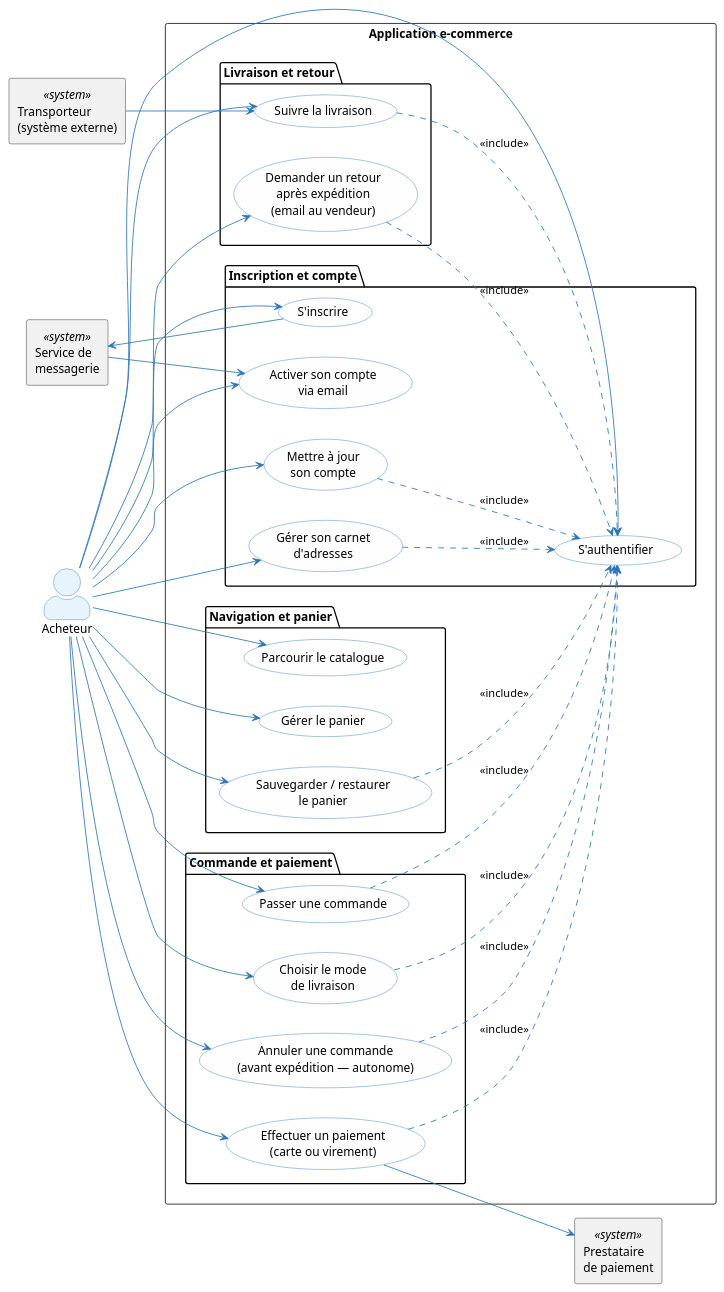
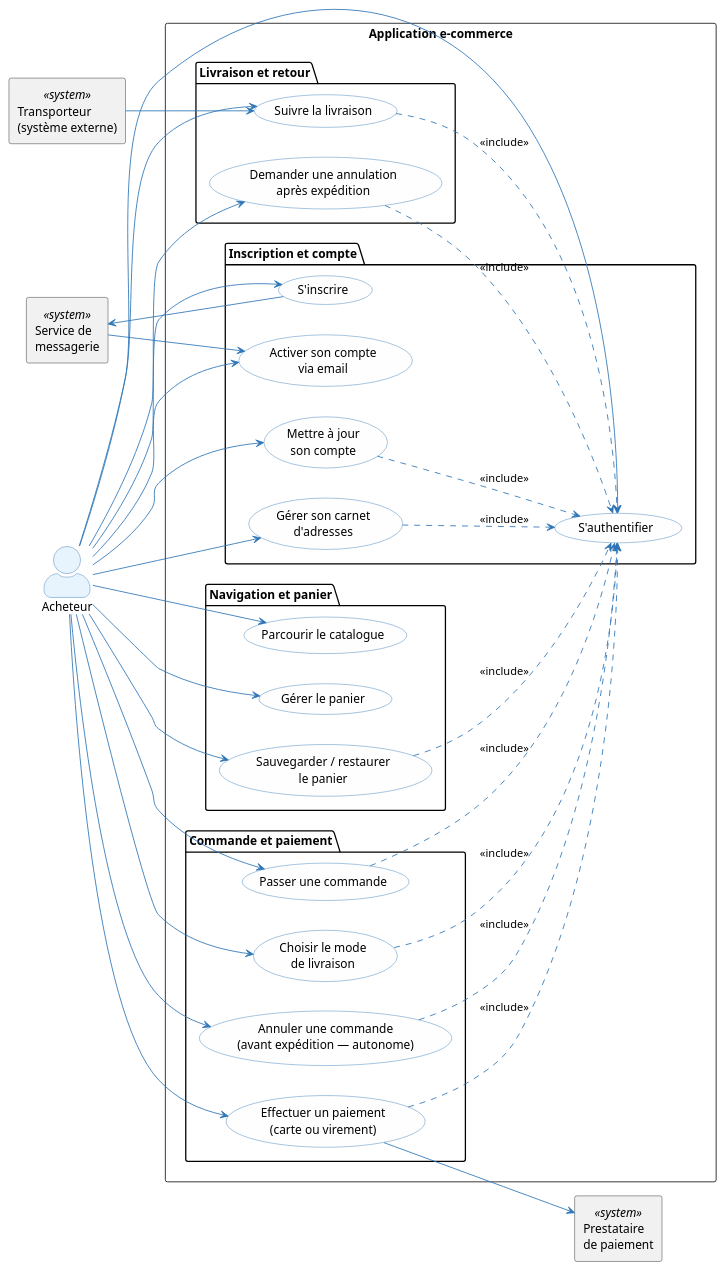
One commit to louistalvande/online_shop changed the third of 4 diagrams in architecture/01-operational-analysis/oa.adoc. Above: the diagram before and after it, drawn with PlantUML. The commit also changed other lines of this file and 16 other files, not shown here.

```diff
--- a/architecture/01-operational-analysis/oa.adoc
+++ b/architecture/01-operational-analysis/oa.adoc
@@ -252,75 +252,75 @@
 [plantuml, oa-uc-buyer, svg]
 ----
 skinparam actorStyle awesome
 skinparam usecase {
   BackgroundColor #FEFEFE
   BorderColor #2E75B6
   ArrowColor #2E75B6
 }
 skinparam actor {
   BackgroundColor #E8F4FD
   BorderColor #2E75B6
 }
 
 left to right direction
 
 actor "Acheteur" as Buyer
 rectangle "Service de\nmessagerie" as Mail <<system>>
 rectangle "Prestataire\nde paiement" as Payment <<system>>
 rectangle "Transporteur\n(système externe)" as Carrier <<system>>
 
 rectangle "Application e-commerce" {
   package "Inscription et compte" {
     usecase (S'inscrire) as UC_B0
     usecase (Activer son compte\nvia email) as UC_B0B
     usecase (S'authentifier) as UC_B_AUTH
     usecase (Mettre à jour\nson compte) as UC_B_ACC
     usecase (Gérer son carnet\nd'adresses) as UC_B_ADDR
   }
   package "Navigation et panier" {
     usecase (Parcourir le catalogue) as UC_B1
     usecase (Gérer le panier) as UC_B2
     usecase (Sauvegarder / restaurer\nle panier) as UC_B2B
   }
   package "Commande et paiement" {
     usecase (Passer une commande) as UC_B3
     usecase (Choisir le mode\nde livraison) as UC_B4B
     usecase "Effectuer un paiement\n(carte ou virement)" as UC_B4
     usecase "Annuler une commande\n(avant expédition — autonome)" as UC_B6
   }
   package "Livraison et retour" {
     usecase (Suivre la livraison) as UC_B5
-    usecase "Demander un retour\naprès expédition\n(email au vendeur)" as UC_B7
+    usecase (Demander une annulation\naprès expédition) as UC_B7
   }
 }
 
 Buyer --> UC_B0
 Buyer --> UC_B0B
 Buyer --> UC_B_AUTH
 Buyer --> UC_B_ACC
 Buyer --> UC_B_ADDR
 Buyer --> UC_B1
 Buyer --> UC_B2
 Buyer --> UC_B2B
 Buyer --> UC_B3
 Buyer --> UC_B4B
 Buyer --> UC_B4
 Buyer --> UC_B5
 Buyer --> UC_B6
 Buyer --> UC_B7
 
 UC_B_ACC ..> UC_B_AUTH : <<include>>
 UC_B_ADDR ..> UC_B_AUTH : <<include>>
 UC_B2B ..> UC_B_AUTH : <<include>>
 UC_B3 ..> UC_B_AUTH : <<include>>
 UC_B4B ..> UC_B_AUTH : <<include>>
 UC_B4 ..> UC_B_AUTH : <<include>>
 UC_B5 ..> UC_B_AUTH : <<include>>
 UC_B6 ..> UC_B_AUTH : <<include>>
 UC_B7 ..> UC_B_AUTH : <<include>>
 
 UC_B0 --> Mail
 Mail --> UC_B0B
 UC_B4 --> Payment
 Carrier --> UC_B5
 ----
```
